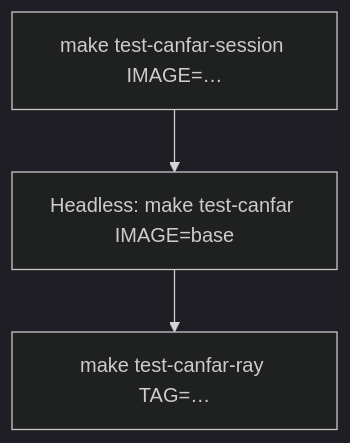
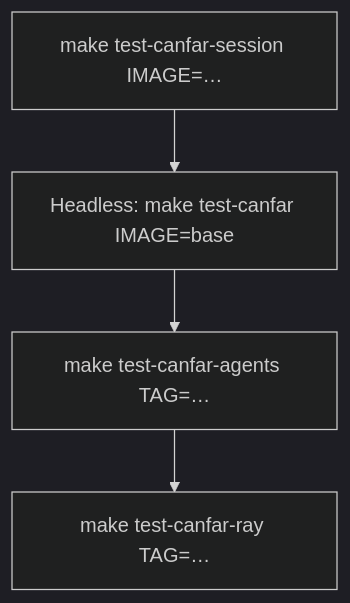
One commit to astroai/astroai-containers changed the second of 2 diagrams in docs/OPERATORS.md. Above: the diagram before and after it, drawn with Mermaid (dark theme). The commit also changed other lines of this file and 6 other files, not shown here.

````diff
--- a/docs/OPERATORS.md
+++ b/docs/OPERATORS.md
@@ -116,5 +117,6 @@
 ```mermaid
 flowchart TD
   S1["make test-canfar-session IMAGE=…"] --> S2["Headless: make test-canfar IMAGE=base"]
-  S2 --> S3["make test-canfar-ray TAG=…"]
+  S2 --> S3["make test-canfar-agents TAG=…"]
+  S3 --> S4["make test-canfar-ray TAG=…"]
 ```
````
